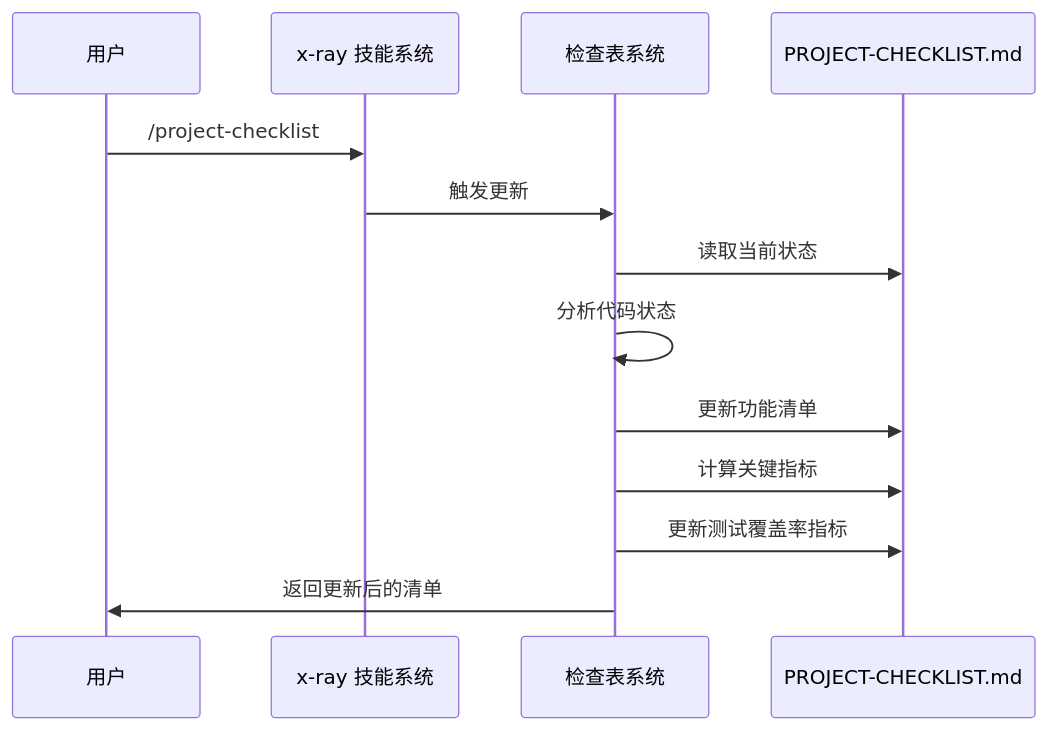
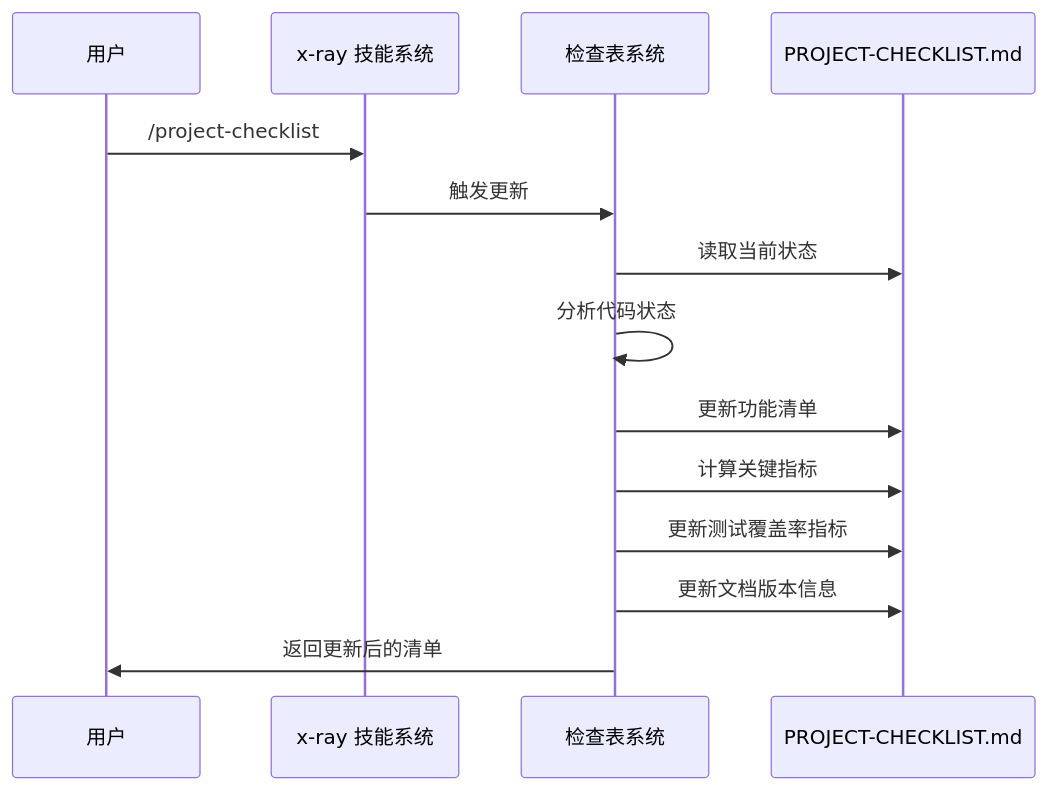
One commit to CryptoLinxu/Web3-AI-Agent changed the third of 8 diagrams in .qoder/repowiki/zh/content/项目概述/项目检查表系统.md. Above: the diagram before and after it, drawn with Mermaid. The commit also changed other lines of this file and 18 other files, not shown here.

````diff
--- a/.qoder/repowiki/zh/content/项目概述/项目检查表系统.md
+++ b/.qoder/repowiki/zh/content/项目概述/项目检查表系统.md
@@ -172,15 +185,16 @@
 ```mermaid
 sequenceDiagram
 participant User as 用户
 participant Skill as x-ray 技能系统
 participant Checklist as 检查表系统
 participant File as PROJECT-CHECKLIST.md
 User->>Skill : /project-checklist
 Skill->>Checklist : 触发更新
 Checklist->>File : 读取当前状态
 Checklist->>Checklist : 分析代码状态
 Checklist->>File : 更新功能清单
 Checklist->>File : 计算关键指标
 Checklist->>File : 更新测试覆盖率指标
+Checklist->>File : 更新文档版本信息
 Checklist->>User : 返回更新后的清单
 ```
````
